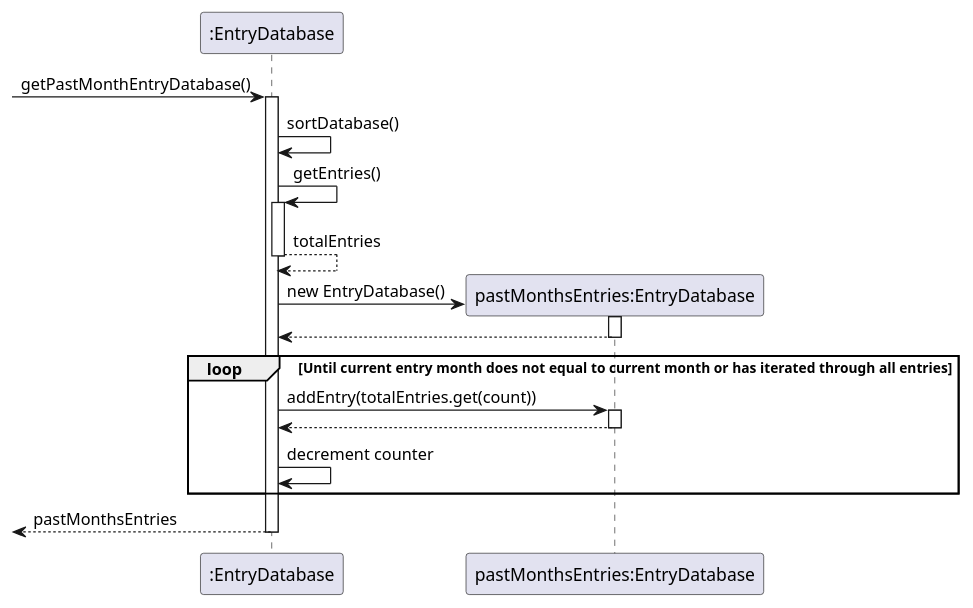
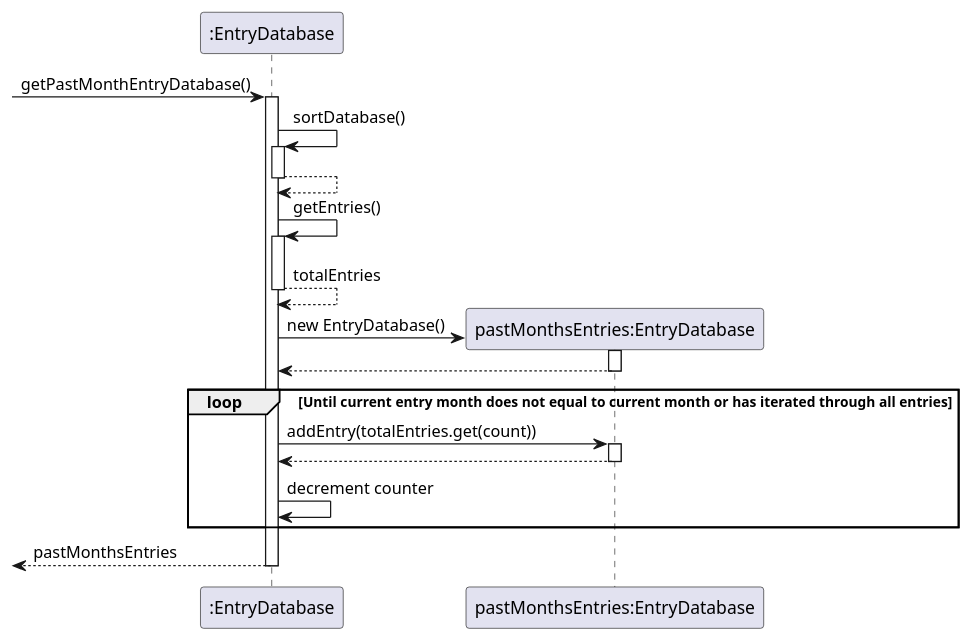
Before and after one commit to praj-bellakka/tp: the diagram in docs/diagrams-DG/EntryDatabase_getPastMonthsEntryDatabase_Seq.puml, drawn with PlantUML. The commit also changed 3 other files, not shown here.

```diff
--- a/docs/diagrams-DG/EntryDatabase_getPastMonthsEntryDatabase_Seq.puml
+++ b/docs/diagrams-DG/EntryDatabase_getPastMonthsEntryDatabase_Seq.puml
@@ -1,31 +1,33 @@
 @startuml
 'https://plantuml.com/sequence-diagram
 
 
 -> ":EntryDatabase": getPastMonthEntryDatabase()
 activate ":EntryDatabase"
 
 ":EntryDatabase" -> ":EntryDatabase": sortDatabase()
+activate ":EntryDatabase"
+return
 
 ":EntryDatabase" -> ":EntryDatabase": getEntries()
 activate ":EntryDatabase"
 ":EntryDatabase" --> ":EntryDatabase": totalEntries
 deactivate ":EntryDatabase"
 
 create "pastMonthsEntries:EntryDatabase"
 ":EntryDatabase" -> "pastMonthsEntries:EntryDatabase": new EntryDatabase()
 activate "pastMonthsEntries:EntryDatabase"
 return
 
 loop Until current entry month does not equal to current month or has iterated through all entries
 
     ":EntryDatabase" -> "pastMonthsEntries:EntryDatabase": addEntry(totalEntries.get(count))
     activate "pastMonthsEntries:EntryDatabase"
     return
 
     ":EntryDatabase" -> ":EntryDatabase": decrement counter
 
 end
 
 return pastMonthsEntries
 @enduml
```
